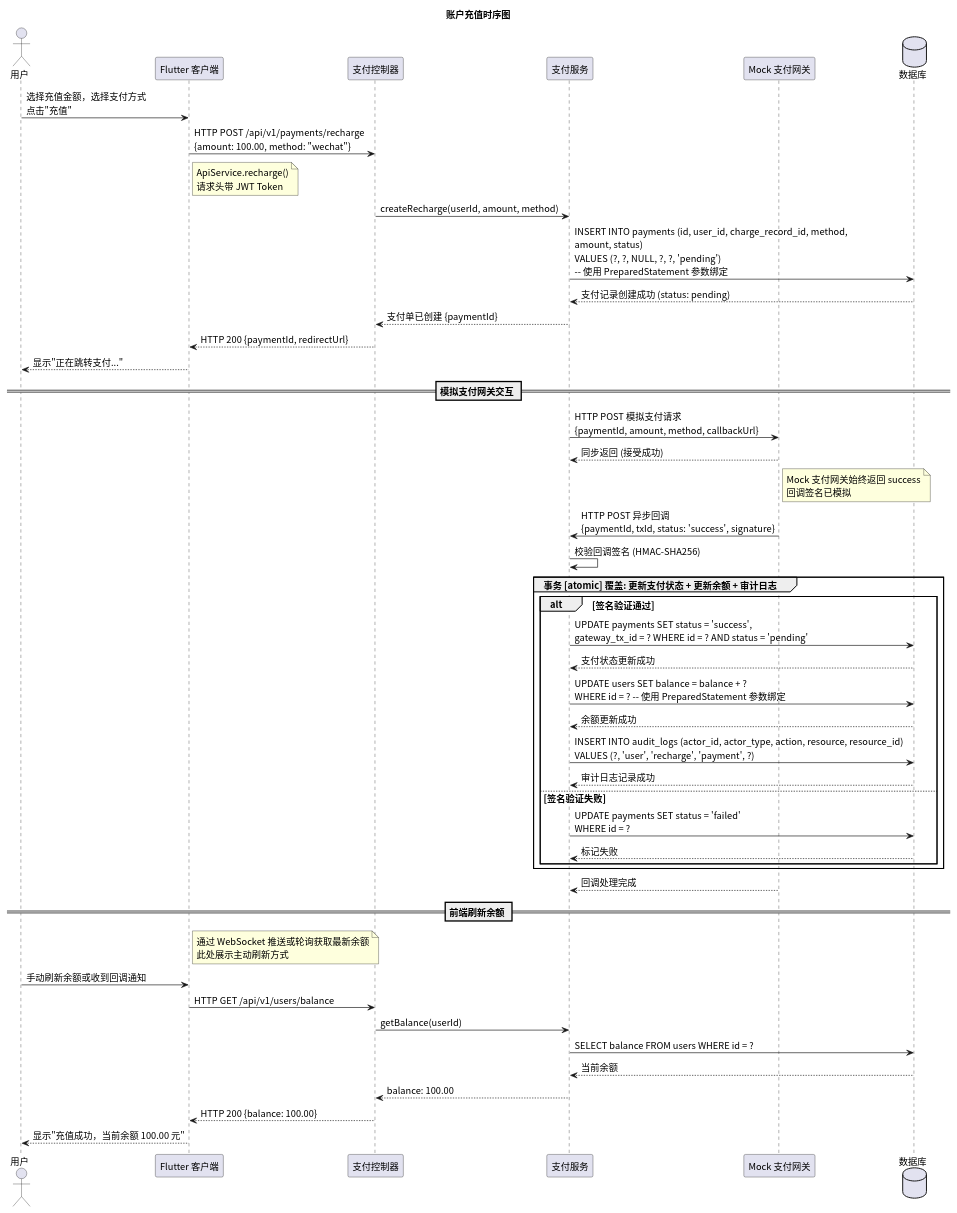
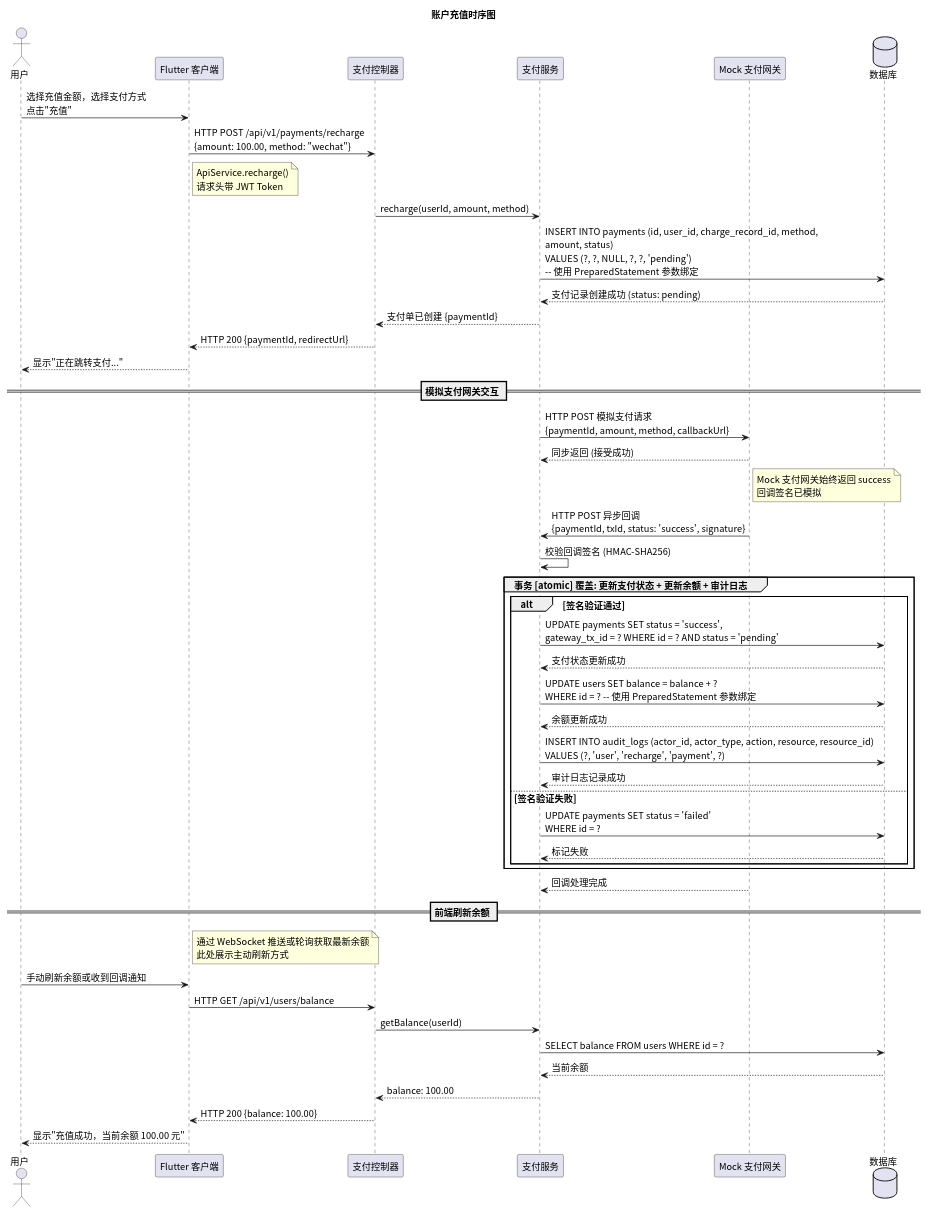
Before and after one commit to greenhandzdl/charging-station-doc: the diagram in time/src/sequence_recharge.puml, drawn with PlantUML. The commit also changed 18 other files, not shown here.

First line of the commit message:
fix: 架构与安全评估修复 — 类图 Service 层补全实现类、新增强制结束充电时序图、移除未使用的 version 字段

```diff
--- a/time/src/sequence_recharge.puml
+++ b/time/src/sequence_recharge.puml
@@ -1,66 +1,66 @@
 @startuml
 skinparam defaultFontName "Noto Sans CJK SC"
 skinparam defaultFontSize 14
 title 账户充值时序图
 
 ' 所有 SQL 操作使用 PreparedStatement 参数绑定，禁止字符串拼接
 actor 用户 as U
 participant "Flutter 客户端" as FE
 participant "支付控制器" as Ctrl
 participant "支付服务" as PS
 participant "Mock 支付网关" as Gateway
 database 数据库 as DB
 
 U -> FE: 选择充值金额，选择支付方式\n点击"充值"
 FE -> Ctrl: HTTP POST /api/v1/payments/recharge\n{amount: 100.00, method: "wechat"}
 note right FE : ApiService.recharge()\n请求头带 JWT Token
 
-Ctrl -> PS: createRecharge(userId, amount, method)
+Ctrl -> PS: recharge(userId, amount, method)
 
 PS -> DB: INSERT INTO payments (id, user_id, charge_record_id, method,\namount, status)\nVALUES (?, ?, NULL, ?, ?, 'pending')\n-- 使用 PreparedStatement 参数绑定
 DB --> PS: 支付记录创建成功 (status: pending)
 
 PS --> Ctrl: 支付单已创建 {paymentId}
 Ctrl --> FE: HTTP 200 {paymentId, redirectUrl}
 FE --> U: 显示"正在跳转支付..."
 
 == 模拟支付网关交互 ==
 PS -> Gateway: HTTP POST 模拟支付请求\n{paymentId, amount, method, callbackUrl}
 Gateway --> PS: 同步返回 (接受成功)
 
 note right Gateway : Mock 支付网关始终返回 success\n回调签名已模拟
 
 Gateway -> PS: HTTP POST 异步回调\n{paymentId, txId, status: 'success', signature}
 
 PS -> PS: 校验回调签名 (HMAC-SHA256)
 
 group 事务 [atomic] 覆盖: 更新支付状态 + 更新余额 + 审计日志
   alt 签名验证通过
     PS -> DB: UPDATE payments SET status = 'success',\ngateway_tx_id = ? WHERE id = ? AND status = 'pending'
     DB --> PS: 支付状态更新成功
 
     PS -> DB: UPDATE users SET balance = balance + ?\nWHERE id = ? -- 使用 PreparedStatement 参数绑定
     DB --> PS: 余额更新成功
 
     PS -> DB: INSERT INTO audit_logs (actor_id, actor_type, action, resource, resource_id)\nVALUES (?, 'user', 'recharge', 'payment', ?)
     DB --> PS: 审计日志记录成功
   else 签名验证失败
     PS -> DB: UPDATE payments SET status = 'failed'\nWHERE id = ?
     DB --> PS: 标记失败
   end
 end
 
 Gateway --> PS: 回调处理完成
 
 == 前端刷新余额 ==
 note right FE : 通过 WebSocket 推送或轮询获取最新余额\n此处展示主动刷新方式
 
 U -> FE: 手动刷新余额或收到回调通知
 FE -> Ctrl: HTTP GET /api/v1/users/balance
 Ctrl -> PS: getBalance(userId)
 PS -> DB: SELECT balance FROM users WHERE id = ?
 DB --> PS: 当前余额
 PS --> Ctrl: balance: 100.00
 Ctrl --> FE: HTTP 200 {balance: 100.00}
 FE --> U: 显示"充值成功，当前余额 100.00 元"
 @enduml
```
